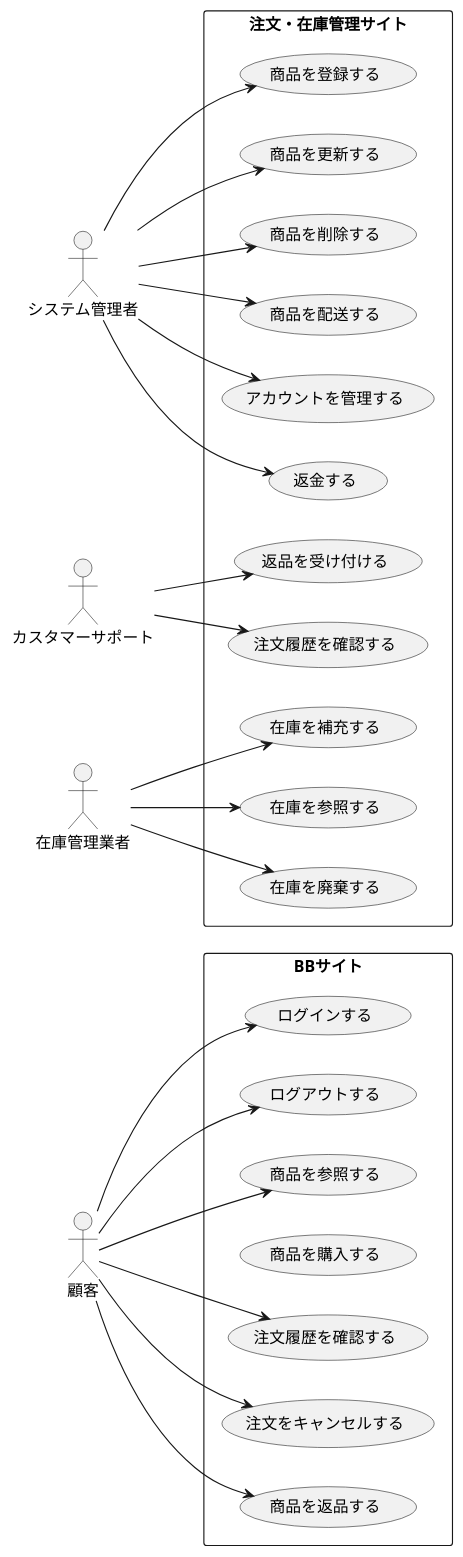
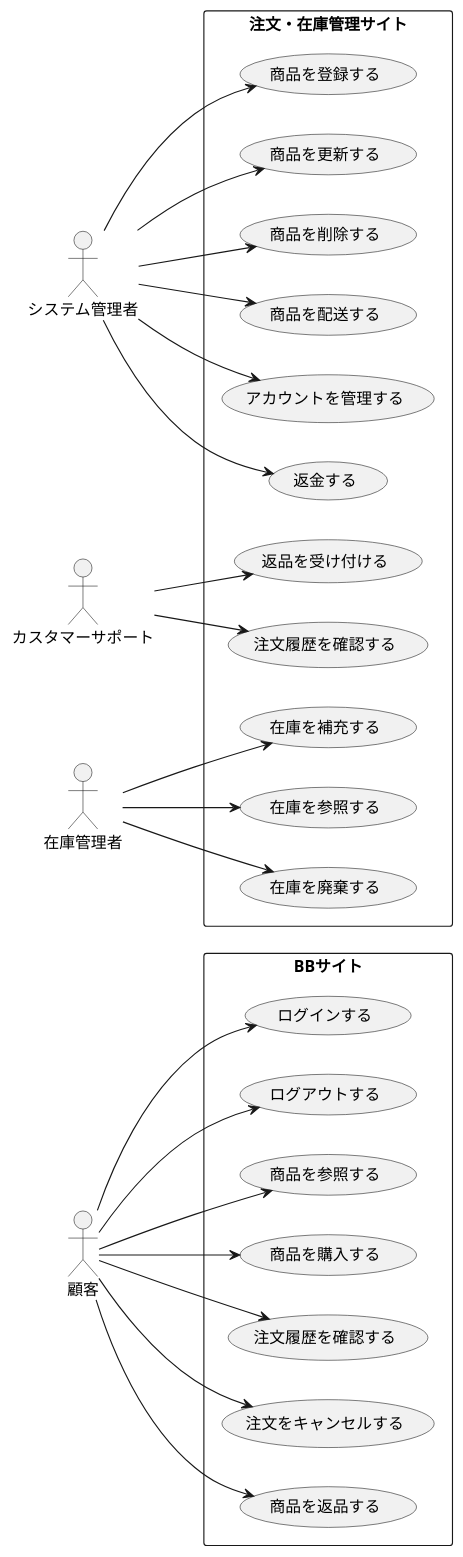
One commit to FujikawaHirono0520/group3_1_dogdog changed the diagram in BB/usecase_admin.pu. Above: the diagram before and after it, drawn with PlantUML.

Commit message:
【変更】商品購入の矢印を修正

```diff
--- a/BB/usecase_admin.pu
+++ b/BB/usecase_admin.pu
@@ -1,56 +1,57 @@
 @startuml BB注文管理システムユースケース図
 left to right direction
 actor 顧客 as U
 
 actor システム管理者 as M
 
 actor カスタマーサポート as CS
 
-actor 在庫管理業者 as SM
+actor 在庫管理者 as SM
 
 
 rectangle BBサイト {
   usecase "ログインする" as UC1
   usecase "ログアウトする" as UC2
   usecase "商品を参照する" as UC3
   usecase "商品を購入する" as UC4
   usecase "注文履歴を確認する" as UC5
   usecase "注文をキャンセルする" as UC6
   usecase "商品を返品する" as UC7
 }
 
 rectangle 注文・在庫管理サイト {
   usecase "商品を登録する" as UC8
   usecase "商品を更新する" as UC9
   usecase "商品を削除する" as UC10
   usecase "商品を配送する" as UC11
   usecase "アカウントを管理する" as UC12
   usecase "返金する" as UC13
   usecase "返品を受け付ける" as UC14
   usecase "注文履歴を確認する" as UC15
   usecase "在庫を補充する" as UC16
   usecase "在庫を参照する" as UC17
   usecase "在庫を廃棄する" as UC18
 }
 
 U --> UC1
 U --> UC2
 U --> UC3
+U --> UC4
 U --> UC5
 U --> UC6
 U --> UC7
 
 M --> UC8
 M --> UC9
 M --> UC10
 M --> UC11
 M --> UC12
 M --> UC13
 
 CS --> UC14
 CS --> UC15
 
 SM --> UC16
 SM --> UC17
 SM --> UC18
 @enduml
```
